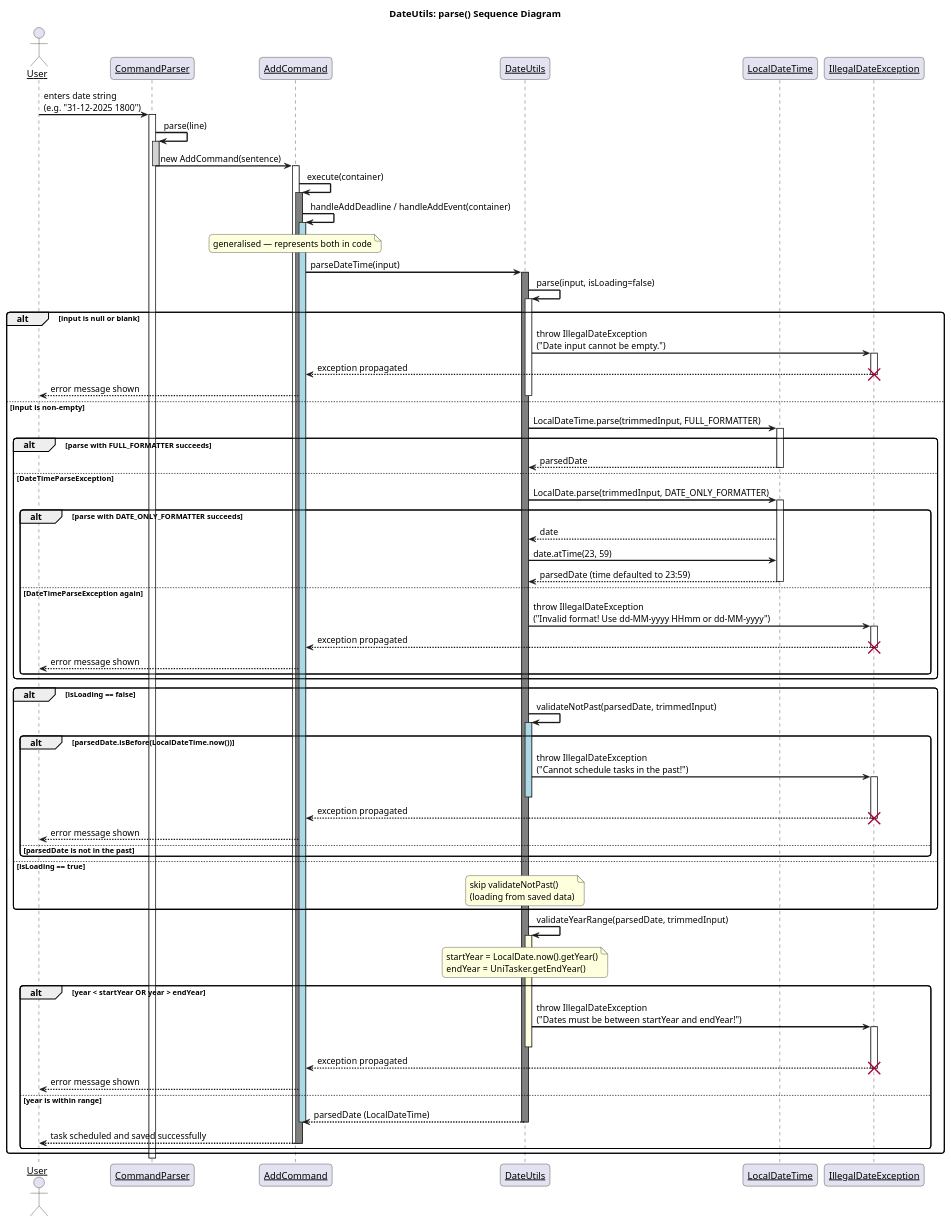
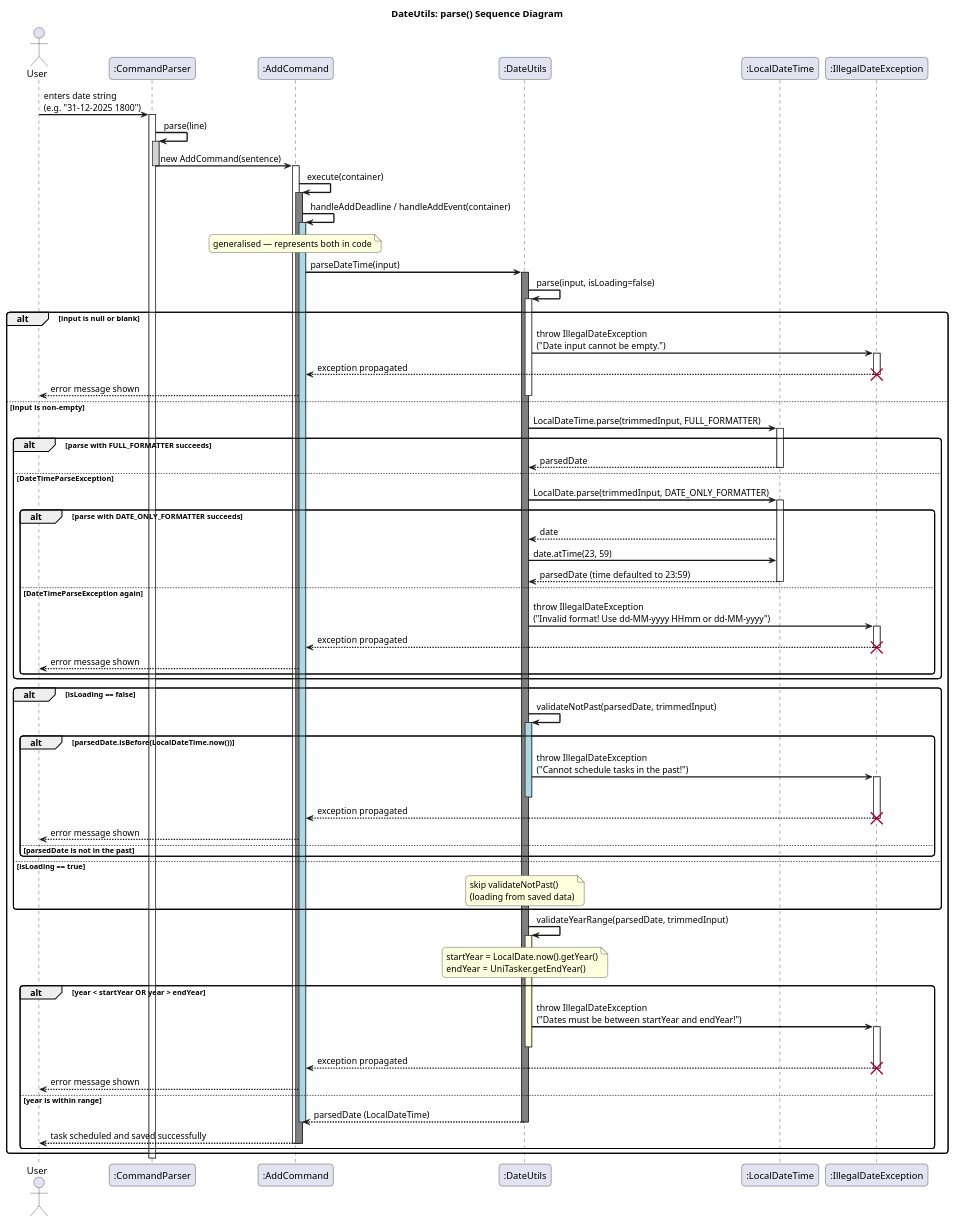
Before and after one commit to michaelshyam1/tp: the diagram in docs/puml/DateUtils.puml, drawn with PlantUML. The commit also changed 1 other file, not shown here.

```diff
--- a/docs/puml/DateUtils.puml
+++ b/docs/puml/DateUtils.puml
@@ -1,117 +1,116 @@
 @startuml DateUtilsSequenceDiagram
 
 skinparam sequenceArrowThickness 2
 skinparam roundcorner 10
-skinparam sequenceParticipant underline
 
 title DateUtils: parse() Sequence Diagram
 
 actor User
-participant "CommandParser" as CP
-participant "AddCommand" as AC
-participant "DateUtils" as DU
-participant "LocalDateTime" as LDT
-participant "IllegalDateException" as IDE
+participant ":CommandParser" as CP
+participant ":AddCommand" as AC
+participant ":DateUtils" as DU
+participant ":LocalDateTime" as LDT
+participant ":IllegalDateException" as IDE
 
 User -> CP : enters date string\n(e.g. "31-12-2025 1800")
 activate CP
 
 CP -> CP : parse(line)
 activate CP #lightgray
 CP -> AC : new AddCommand(sentence)
 deactivate CP
 
 activate AC
 AC -> AC : execute(container)
 activate AC #gray
 
 AC -> AC : handleAddDeadline / handleAddEvent(container)
 activate AC #lightblue
 note over AC : generalised — represents both in code
 
 AC -> DU : parseDateTime(input)
 activate DU #gray
 
 DU -> DU : parse(input, isLoading=false)
 activate DU #white
 
 alt input is null or blank
     DU -> IDE : throw IllegalDateException\n("Date input cannot be empty.")
     activate IDE
     IDE --> AC : exception propagated
     destroy IDE
     AC --> User : error message shown
 
 else input is non-empty
     deactivate DU
     DU -> LDT : LocalDateTime.parse(trimmedInput, FULL_FORMATTER)
     activate LDT
 
     alt parse with FULL_FORMATTER succeeds
         LDT --> DU : parsedDate
         deactivate LDT
 
     else DateTimeParseException
         deactivate LDT
         DU -> LDT : LocalDate.parse(trimmedInput, DATE_ONLY_FORMATTER)
         activate LDT
 
         alt parse with DATE_ONLY_FORMATTER succeeds
             LDT --> DU : date
             DU -> LDT : date.atTime(23, 59)
             LDT --> DU : parsedDate (time defaulted to 23:59)
             deactivate LDT
 
         else DateTimeParseException again
             deactivate LDT
             DU -> IDE : throw IllegalDateException\n("Invalid format! Use dd-MM-yyyy HHmm or dd-MM-yyyy")
             activate IDE
             IDE --> AC : exception propagated
             destroy IDE
             AC --> User : error message shown
         end
     end
 
     alt isLoading == false
         DU -> DU : validateNotPast(parsedDate, trimmedInput)
         activate DU #lightblue
 
         alt parsedDate.isBefore(LocalDateTime.now())
             DU -> IDE : throw IllegalDateException\n("Cannot schedule tasks in the past!")
             activate IDE
             deactivate DU
             IDE --> AC : exception propagated
             destroy IDE
             AC --> User : error message shown
         else parsedDate is not in the past
         end
 
     else isLoading == true
         note over DU : skip validateNotPast()\n(loading from saved data)
     end
 
     DU -> DU : validateYearRange(parsedDate, trimmedInput)
     activate DU #lightyellow
     note over DU : startYear = LocalDate.now().getYear()\nendYear = UniTasker.getEndYear()
 
     alt year < startYear OR year > endYear
         DU -> IDE : throw IllegalDateException\n("Dates must be between startYear and endYear!")
         activate IDE
         deactivate DU
         IDE --> AC : exception propagated
         destroy IDE
         AC --> User : error message shown
 
     else year is within range
         DU --> AC : parsedDate (LocalDateTime)
         deactivate DU
         deactivate AC
         AC --> User : task scheduled and saved successfully
         deactivate AC
         deactivate AC
     end
 end
 
 deactivate CP
 
 @enduml
```
